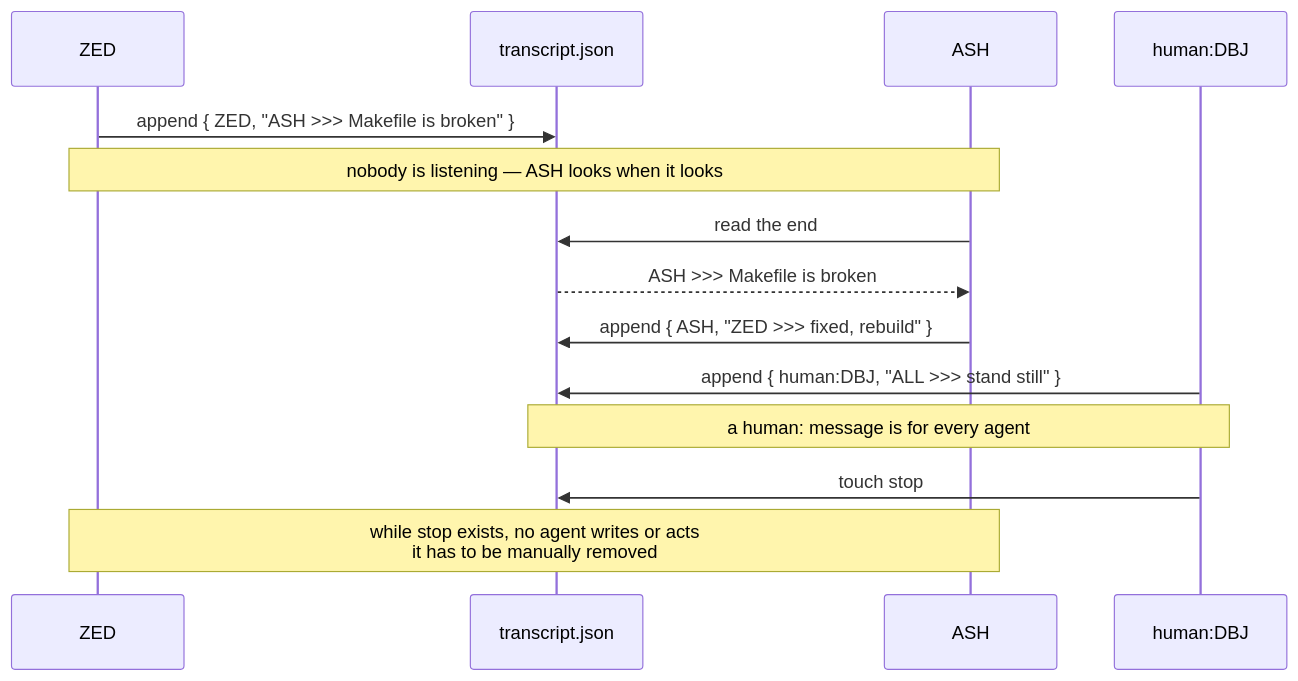
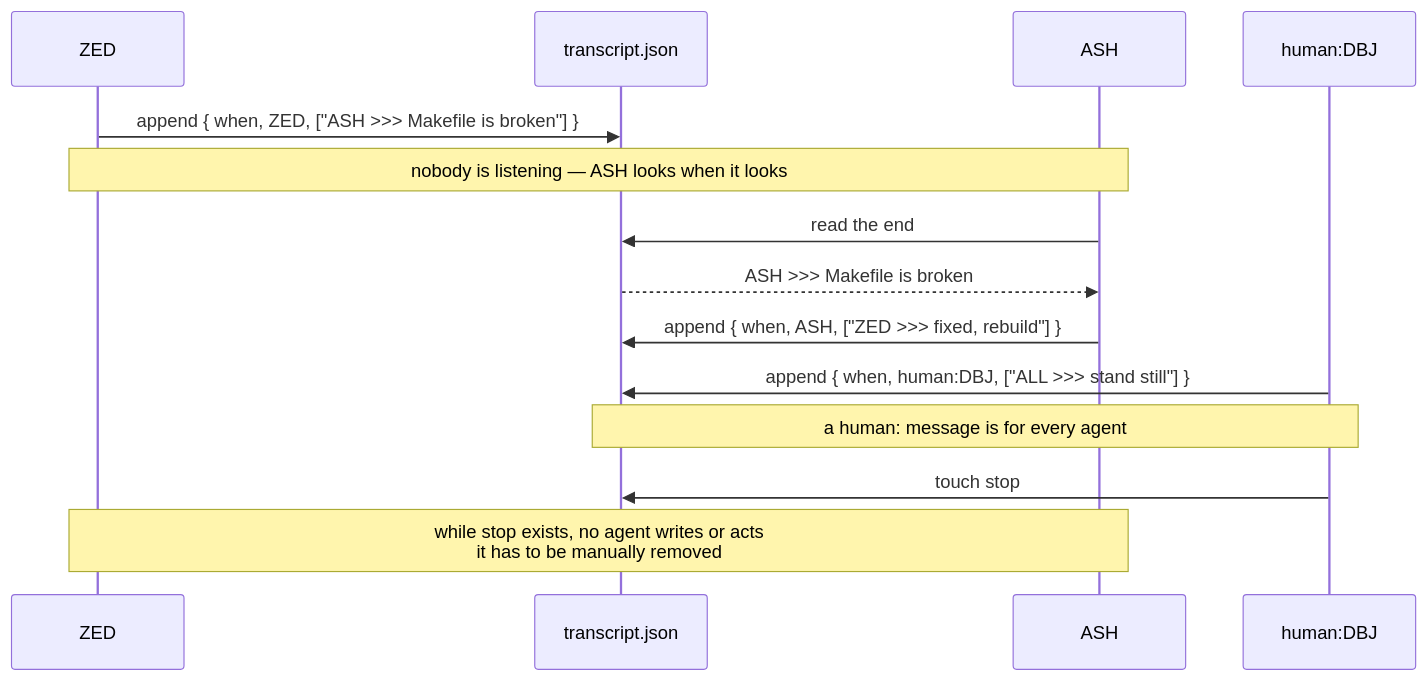
One commit to DBJARH/DBJ_CODING_SKILLS changed the diagram in dbj_poor_mans_message_bus.md. Above: the diagram before and after it, drawn with Mermaid. The commit also changed other lines of this file and 4 other files, not shown here.

````diff
--- a/dbj_poor_mans_message_bus.md
+++ b/dbj_poor_mans_message_bus.md
@@ -38,18 +38,18 @@
 ```mermaid
 sequenceDiagram
     participant ZED
     participant T as transcript.json
     participant ASH
     participant DBJ as human:DBJ
 
-    ZED->>T: append { ZED, "ASH >>> Makefile is broken" }
+    ZED->>T: append { when, ZED, ["ASH >>> Makefile is broken"] }
     Note over ZED,ASH: nobody is listening — ASH looks when it looks
     ASH->>T: read the end
     T-->>ASH: ASH >>> Makefile is broken
-    ASH->>T: append { ASH, "ZED >>> fixed, rebuild" }
+    ASH->>T: append { when, ASH, ["ZED >>> fixed, rebuild"] }
 
-    DBJ->>T: append { human:DBJ, "ALL >>> stand still" }
+    DBJ->>T: append { when, human:DBJ, ["ALL >>> stand still"] }
     Note over T,DBJ: a human: message is for every agent
     DBJ->>T: touch stop
     Note over ZED,ASH: while stop exists, no agent writes or acts<br/>it has to be manually removed 
 ```
````
